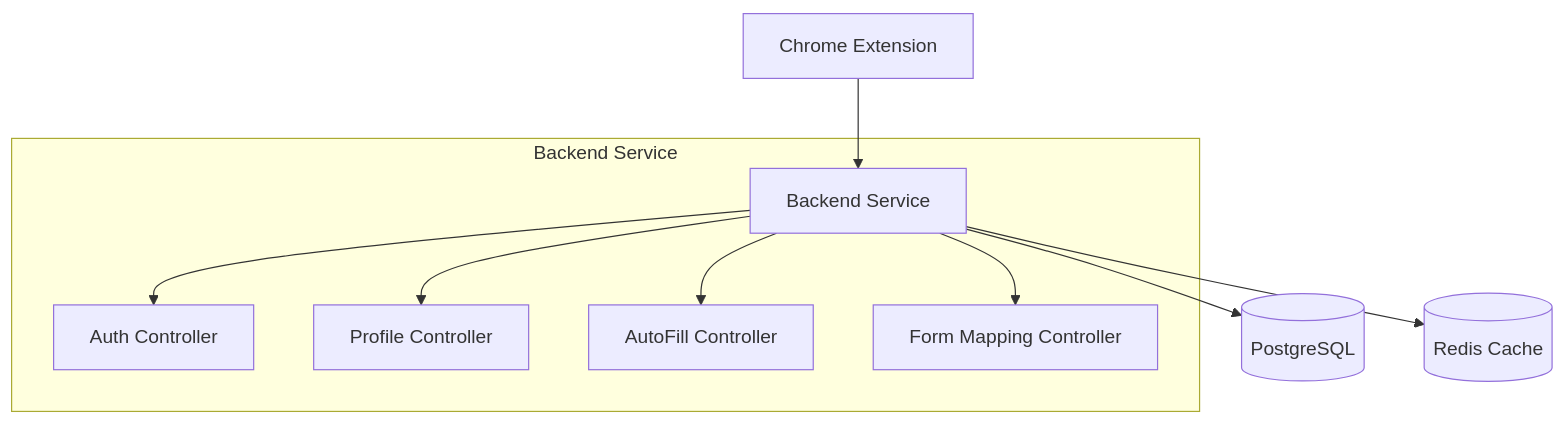
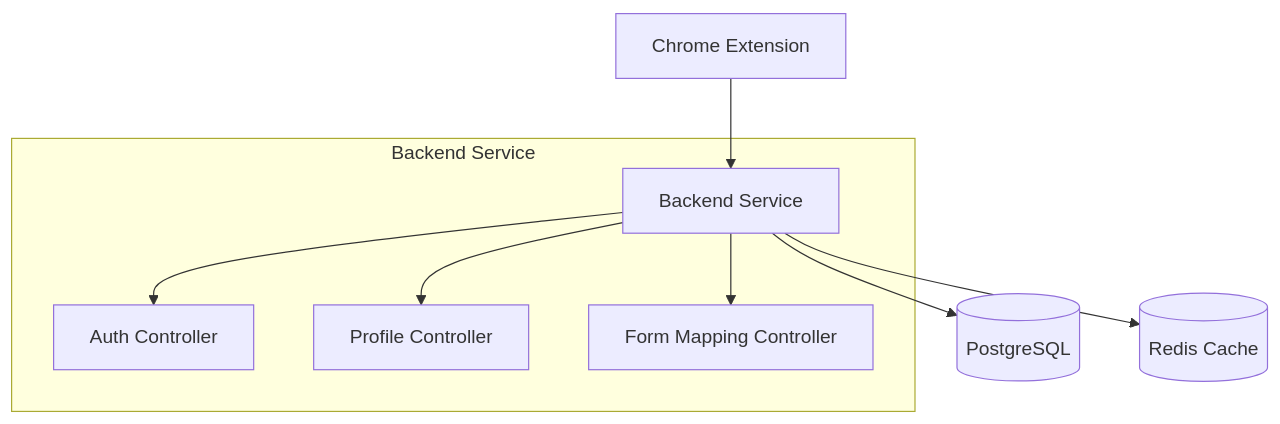
Before and after one commit to laythfadhala/AutoFill-Copilot: the diagram in README.md, drawn with Mermaid. The commit also changed other lines of this file and 10 other files, not shown here.

````diff
--- a/README.md
+++ b/README.md
@@ -198,13 +191,13 @@
 ```mermaid
 graph TB
   A[Chrome Extension] --> B[Backend Service ]
   B --> C[(PostgreSQL)]
   B --> D[(Redis Cache)]
 
   subgraph "Backend Service"
     B --> F[Auth Controller]
     B --> G[Profile Controller]
-    B --> H[AutoFill Controller]
+  %% AutoFill Controller removed from this branch
     B --> I[Form Mapping Controller]
   end
 ```
````
